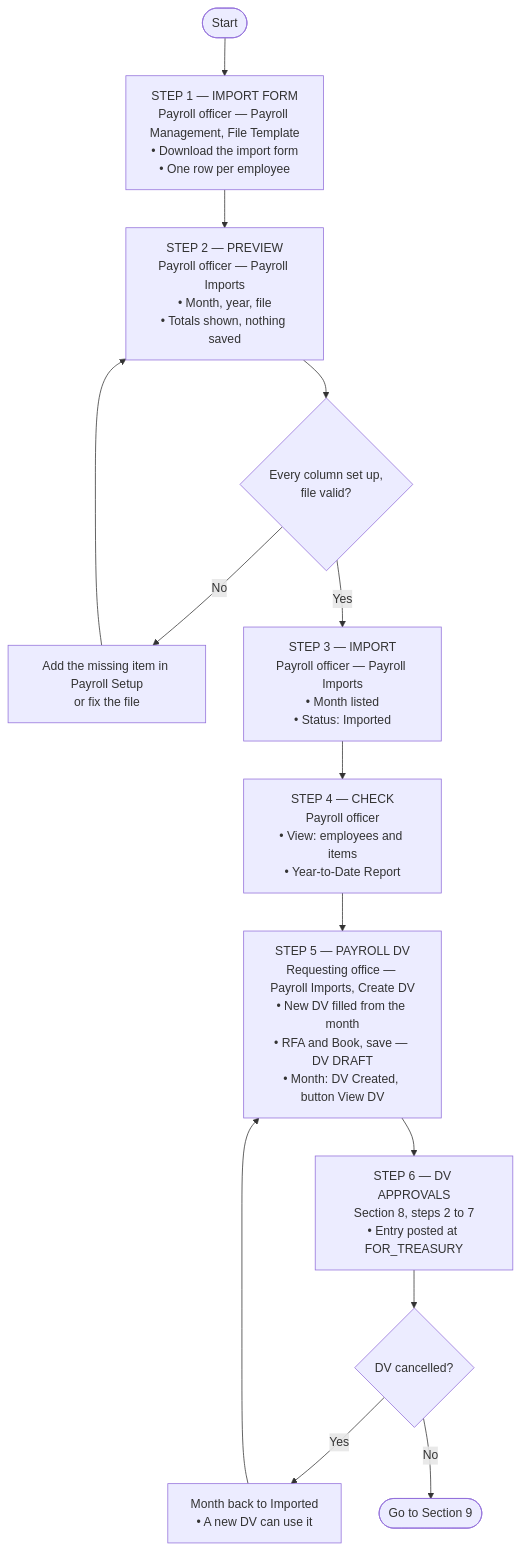
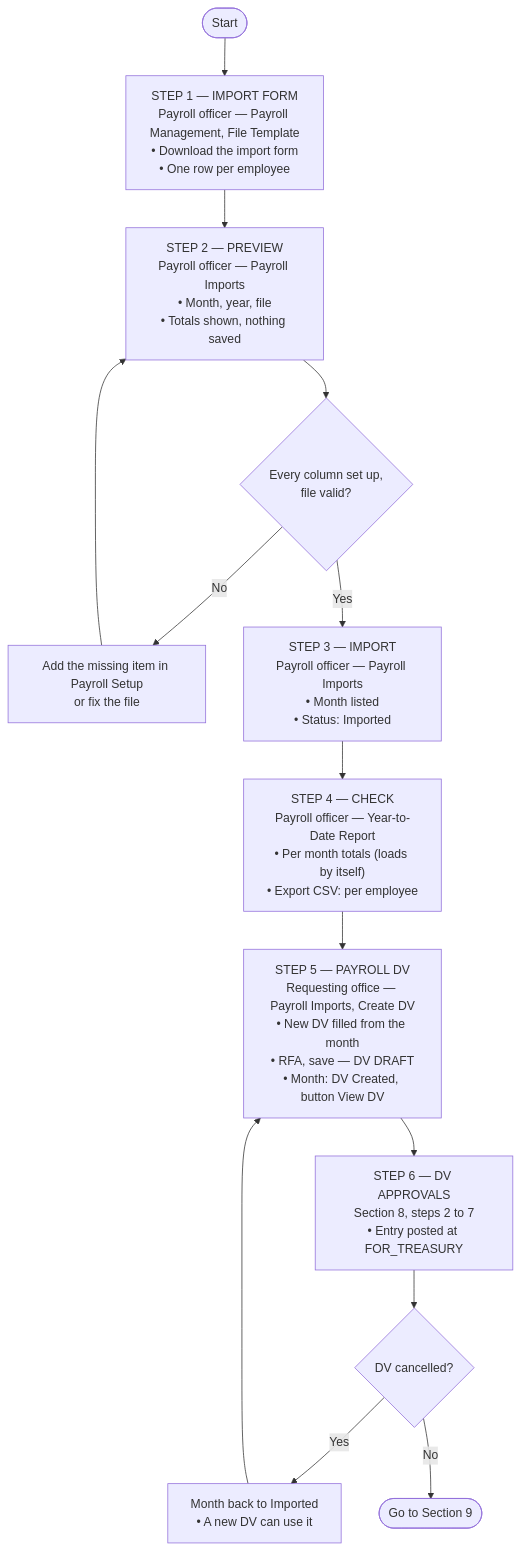
Before and after one commit to A-team-ITBS/fims-nha: the tenth of 14 diagrams in system_docs/process-flow/PROCESS-FLOW.md, drawn with Mermaid. The commit also changed other lines of this file and 2 other files, not shown here.

First line of the commit message:
Update process flow documentation for clarity and accuracy

````diff
--- a/system_docs/process-flow/PROCESS-FLOW.md
+++ b/system_docs/process-flow/PROCESS-FLOW.md
@@ -372,16 +378,16 @@
 ```mermaid
 flowchart TD
     START(["Start"]) --> S1["STEP 1 — IMPORT FORM<br/>Payroll officer — Payroll Management, File Template<br/>• Download the import form<br/>• One row per employee"]
     S1 --> S2["STEP 2 — PREVIEW<br/>Payroll officer — Payroll Imports<br/>• Month, year, file<br/>• Totals shown, nothing saved"]
     S2 --> D1{"Every column set up,<br/>file valid?"}
     D1 -->|"No"| R1["Add the missing item in Payroll Setup<br/>or fix the file"]
     R1 --> S2
     D1 -->|"Yes"| S3["STEP 3 — IMPORT<br/>Payroll officer — Payroll Imports<br/>• Month listed<br/>• Status: Imported"]
-    S3 --> S4["STEP 4 — CHECK<br/>Payroll officer<br/>• View: employees and items<br/>• Year-to-Date Report"]
-    S4 --> S5["STEP 5 — PAYROLL DV<br/>Requesting office — Payroll Imports, Create DV<br/>• New DV filled from the month<br/>• RFA and Book, save — DV DRAFT<br/>• Month: DV Created, button View DV"]
+    S3 --> S4["STEP 4 — CHECK<br/>Payroll officer — Year-to-Date Report<br/>• Per month totals (loads by itself)<br/>• Export CSV: per employee"]
+    S4 --> S5["STEP 5 — PAYROLL DV<br/>Requesting office — Payroll Imports, Create DV<br/>• New DV filled from the month<br/>• RFA, save — DV DRAFT<br/>• Month: DV Created, button View DV"]
     S5 --> S6["STEP 6 — DV APPROVALS<br/>Section 8, steps 2 to 7<br/>• Entry posted at FOR_TREASURY"]
     S6 --> D2{"DV cancelled?"}
     D2 -->|"Yes"| X["Month back to Imported<br/>• A new DV can use it"]
     X --> S5
     D2 -->|"No"| END(["Go to Section 9"])
 ```
````
